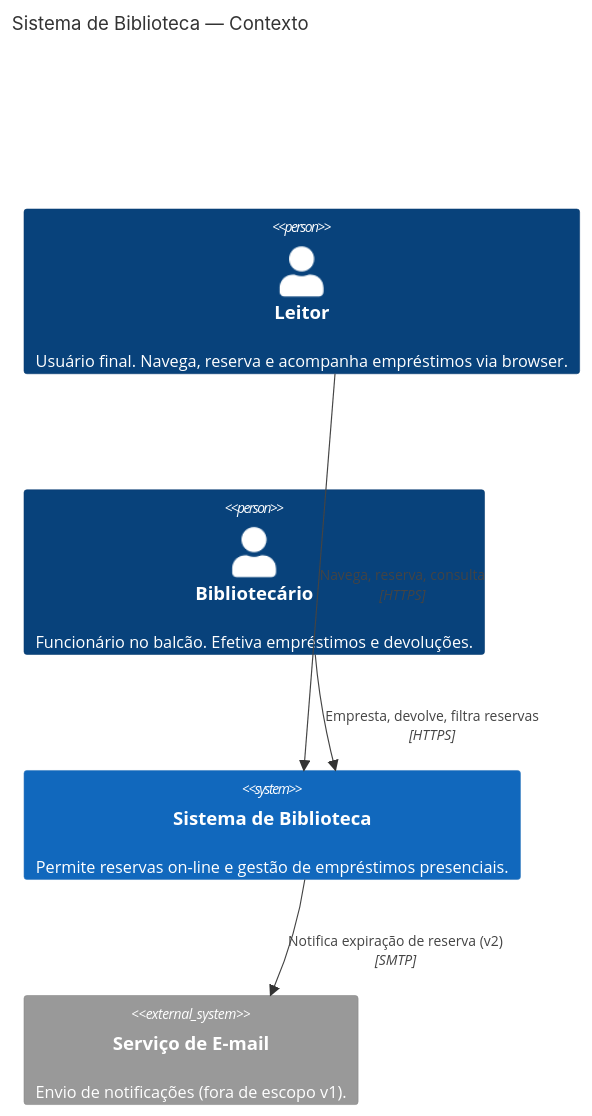
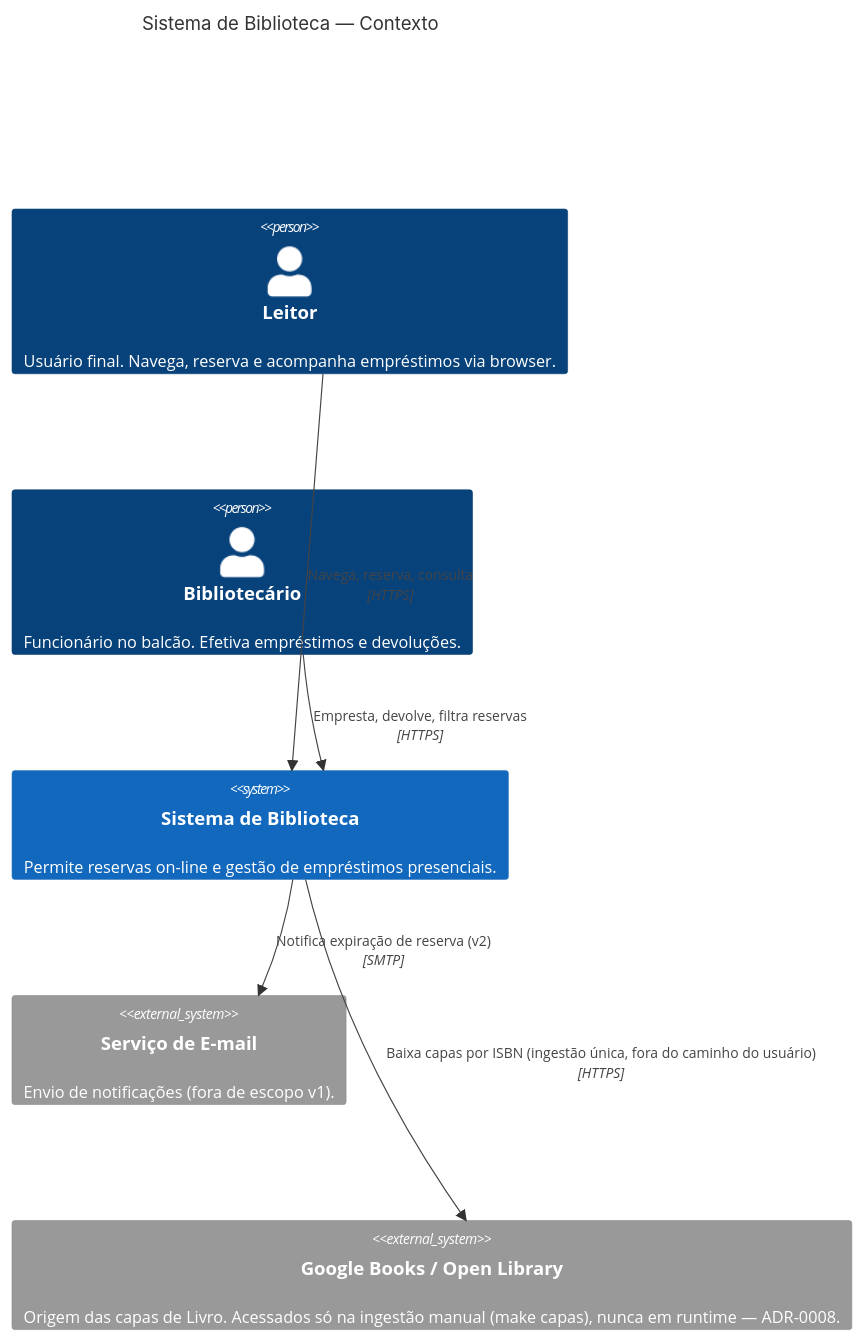
One commit to halissonmartins/biblioteca-com-bobshell changed the first of 3 diagrams in docs/arquitetura/c4-contexto.md. Above: the diagram before and after it, drawn with Mermaid. The commit also changed other lines of this file and 34 other files, not shown here.

````diff
--- a/docs/arquitetura/c4-contexto.md
+++ b/docs/arquitetura/c4-contexto.md
@@ -10,15 +10,17 @@
 ```mermaid
 C4Context
   title Sistema de Biblioteca — Contexto
 
   Person(leitor, "Leitor", "Usuário final. Navega, reserva e acompanha empréstimos via browser.")
   Person(bibliotecario, "Bibliotecário", "Funcionário no balcão. Efetiva empréstimos e devoluções.")
 
   System(biblioteca, "Sistema de Biblioteca", "Permite reservas on-line e gestão de empréstimos presenciais.")
 
   System_Ext(email, "Serviço de E-mail", "Envio de notificações (fora de escopo v1).")
+  System_Ext(capasFonte, "Google Books / Open Library", "Origem das capas de Livro. Acessados só na ingestão manual (make capas), nunca em runtime — ADR-0008.")
 
   Rel(leitor, biblioteca, "Navega, reserva, consulta", "HTTPS")
   Rel(bibliotecario, biblioteca, "Empresta, devolve, filtra reservas", "HTTPS")
   Rel(biblioteca, email, "Notifica expiração de reserva (v2)", "SMTP")
+  Rel(biblioteca, capasFonte, "Baixa capas por ISBN (ingestão única, fora do caminho do usuário)", "HTTPS")
 ```
````
